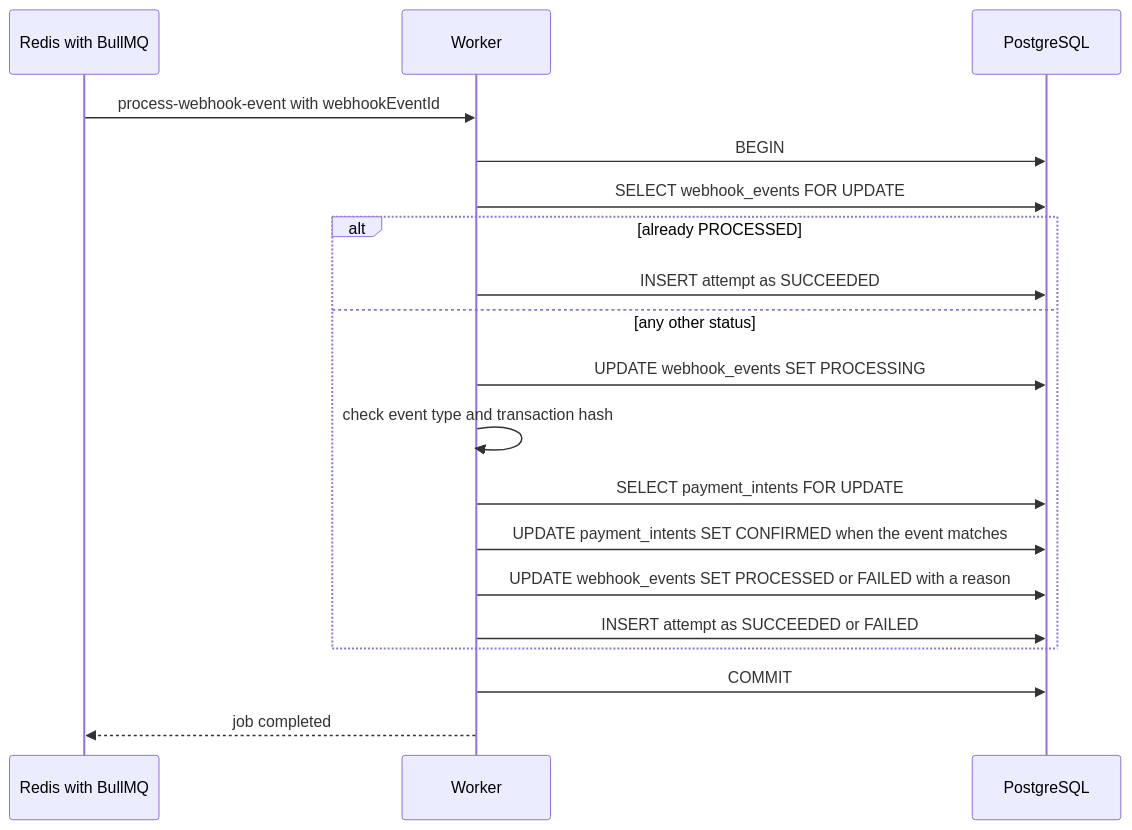
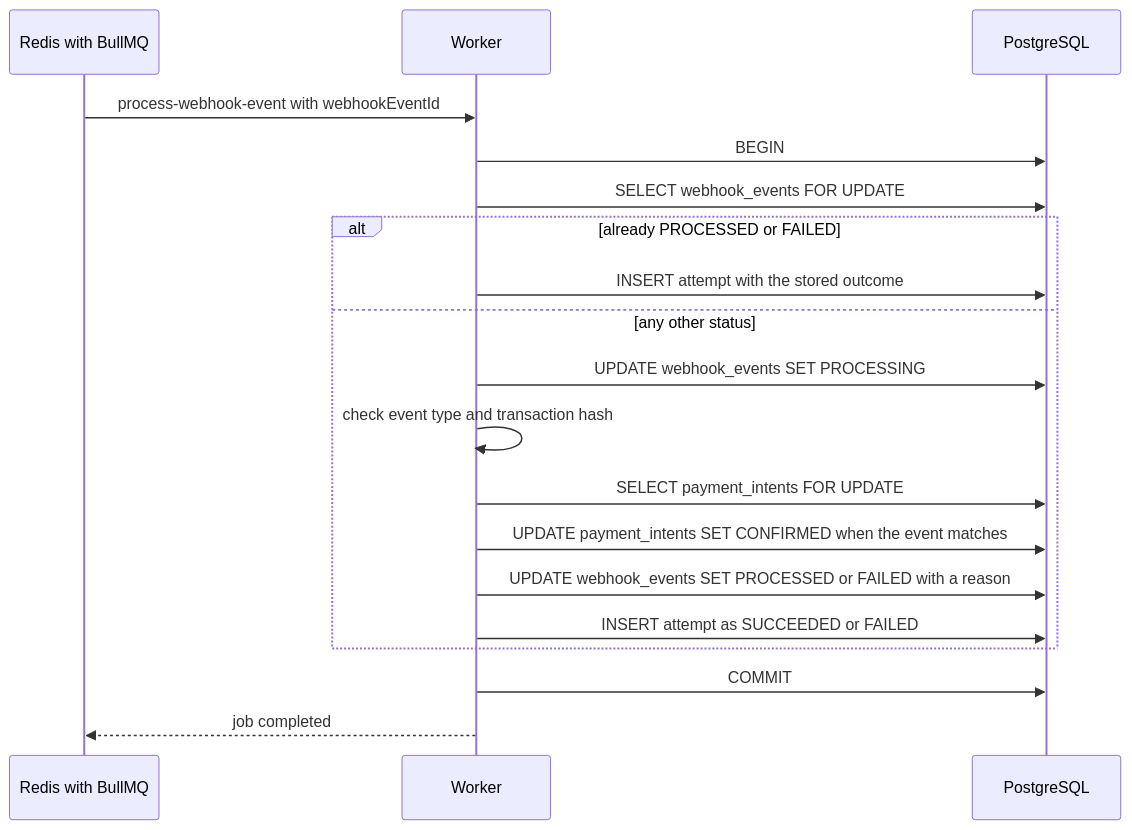
Before and after one commit to AsyncAssassin/transaction-event-gateway: the fifth of 5 diagrams in docs/architecture.md, drawn with Mermaid. The commit also changed other lines of this file and 9 other files, not shown here.

````diff
--- a/docs/architecture.md
+++ b/docs/architecture.md
@@ -145,21 +145,21 @@
 ```mermaid
 sequenceDiagram
     participant Q as Redis with BullMQ
     participant W as Worker
     participant DB as PostgreSQL
     Q->>W: process-webhook-event with webhookEventId
     W->>DB: BEGIN
     W->>DB: SELECT webhook_events FOR UPDATE
-    alt already PROCESSED
-        W->>DB: INSERT attempt as SUCCEEDED
+    alt already PROCESSED or FAILED
+        W->>DB: INSERT attempt with the stored outcome
     else any other status
         W->>DB: UPDATE webhook_events SET PROCESSING
         W->>W: check event type and transaction hash
         W->>DB: SELECT payment_intents FOR UPDATE
         W->>DB: UPDATE payment_intents SET CONFIRMED when the event matches
         W->>DB: UPDATE webhook_events SET PROCESSED or FAILED with a reason
         W->>DB: INSERT attempt as SUCCEEDED or FAILED
     end
     W->>DB: COMMIT
     W-->>Q: job completed
 ```
````
